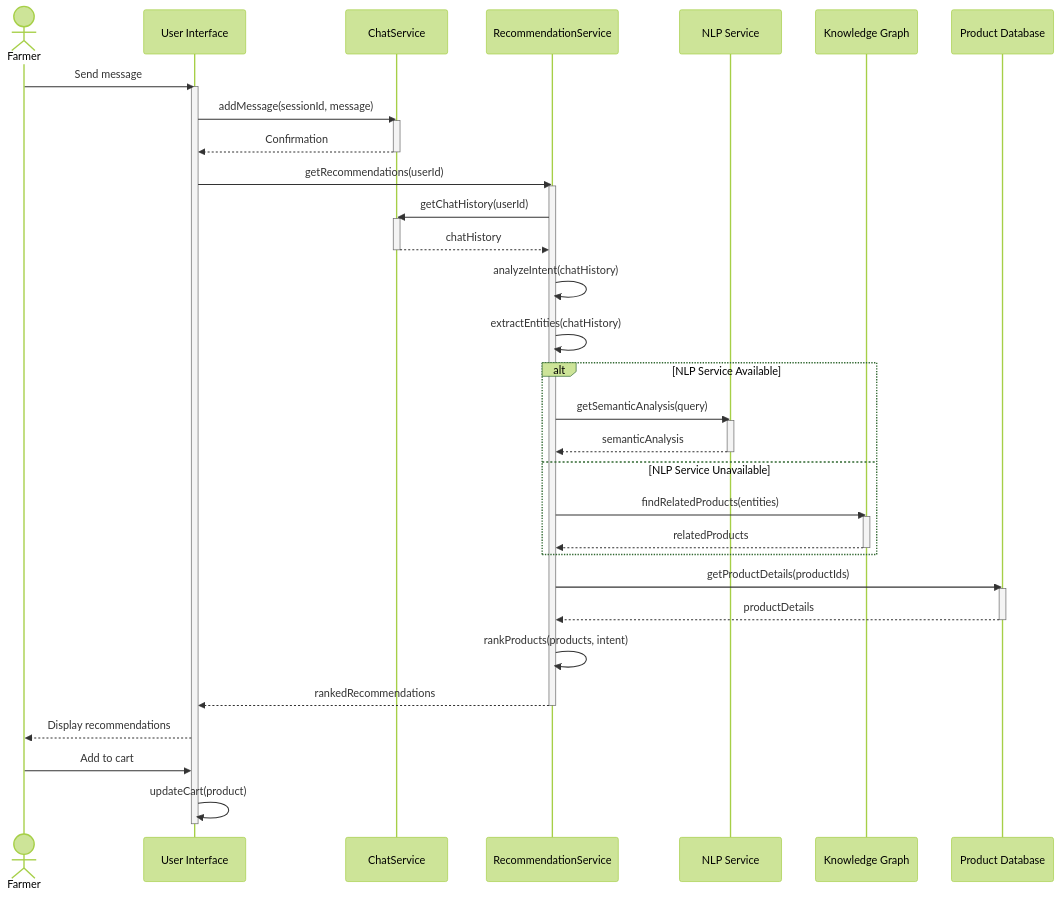
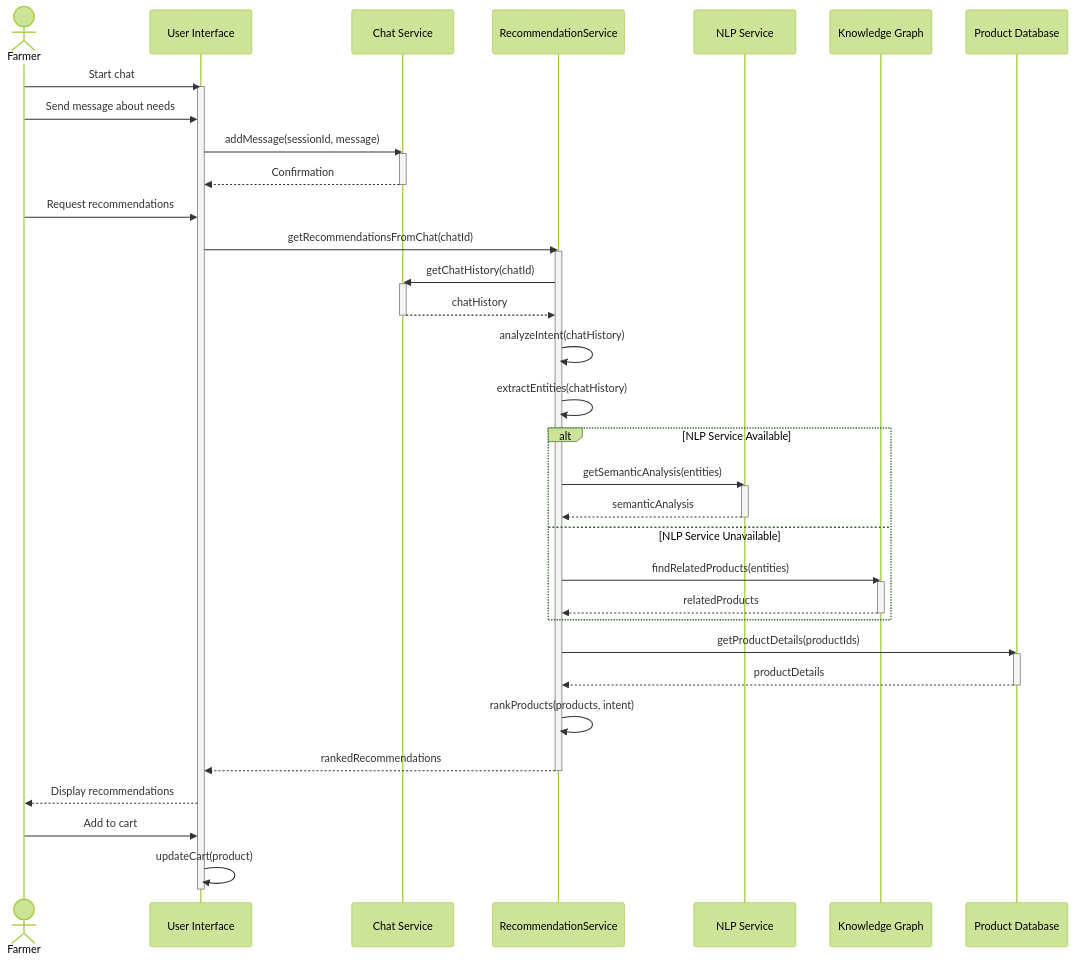
One commit to Gauravkrsah/Cropsay changed the fourth of 7 diagrams in documentation/digram.md. Above: the diagram before and after it, drawn with Mermaid (forest theme). The commit also changed other lines of this file and 1 other file, not shown here.

Commit message:
Add system analysis and diagrams for chat-based product recommendation system

````diff
--- a/documentation/digram.md
+++ b/documentation/digram.md
@@ -333,57 +272,59 @@
 ```mermaid
 sequenceDiagram
     actor Farmer
     participant UI as User Interface
-    participant ChatSvc as ChatService
+    participant ChatSvc as Chat Service
     participant RecSvc as RecommendationService
     participant NLP as NLP Service
     participant KG as Knowledge Graph
     participant DB as Product Database
     
-    Farmer->>UI: Send message
+    Farmer->>UI: Start chat
     activate UI
     
+    Farmer->>UI: Send message about needs
     UI->>ChatSvc: addMessage(sessionId, message)
     activate ChatSvc
     ChatSvc-->>UI: Confirmation
     deactivate ChatSvc
     
-    UI->>RecSvc: getRecommendations(userId)
+    Farmer->>UI: Request recommendations
+    UI->>RecSvc: getRecommendationsFromChat(chatId)
     activate RecSvc
     
-    RecSvc->>ChatSvc: getChatHistory(userId)
+    RecSvc->>ChatSvc: getChatHistory(chatId)
     activate ChatSvc
     ChatSvc-->>RecSvc: chatHistory
     deactivate ChatSvc
     
     RecSvc->>RecSvc: analyzeIntent(chatHistory)
     RecSvc->>RecSvc: extractEntities(chatHistory)
     
     alt NLP Service Available
-        RecSvc->>NLP: getSemanticAnalysis(query)
+        RecSvc->>NLP: getSemanticAnalysis(entities)
         activate NLP
         NLP-->>RecSvc: semanticAnalysis
         deactivate NLP
     else NLP Service Unavailable
         RecSvc->>KG: findRelatedProducts(entities)
         activate KG
         KG-->>RecSvc: relatedProducts
         deactivate KG
     end
     
     RecSvc->>DB: getProductDetails(productIds)
     activate DB
     DB-->>RecSvc: productDetails
     deactivate DB
     
     RecSvc->>RecSvc: rankProducts(products, intent)
     RecSvc-->>UI: rankedRecommendations
     deactivate RecSvc
     
     UI-->>Farmer: Display recommendations
     
     Farmer->>UI: Add to cart
     UI->>UI: updateCart(product)
     
     deactivate UI
 ```
````
